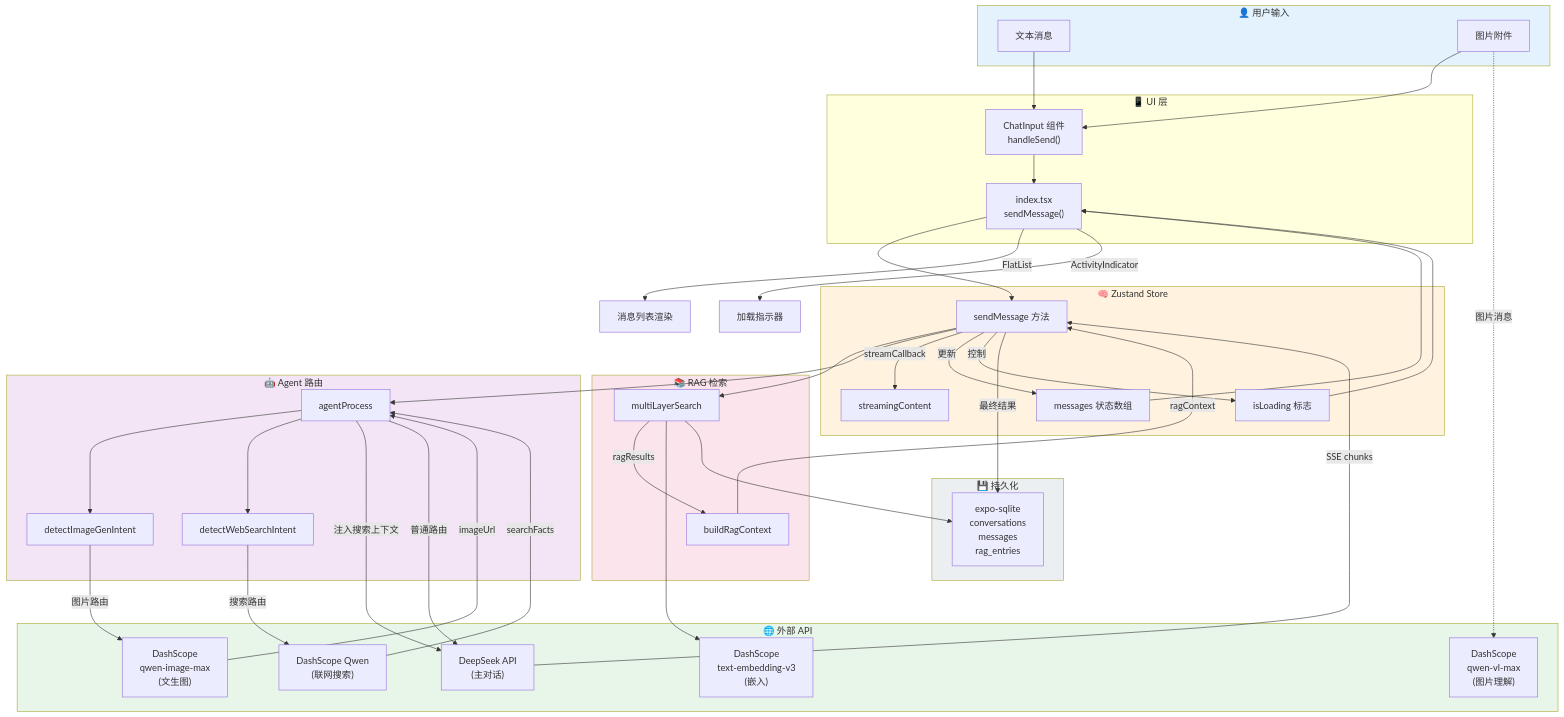
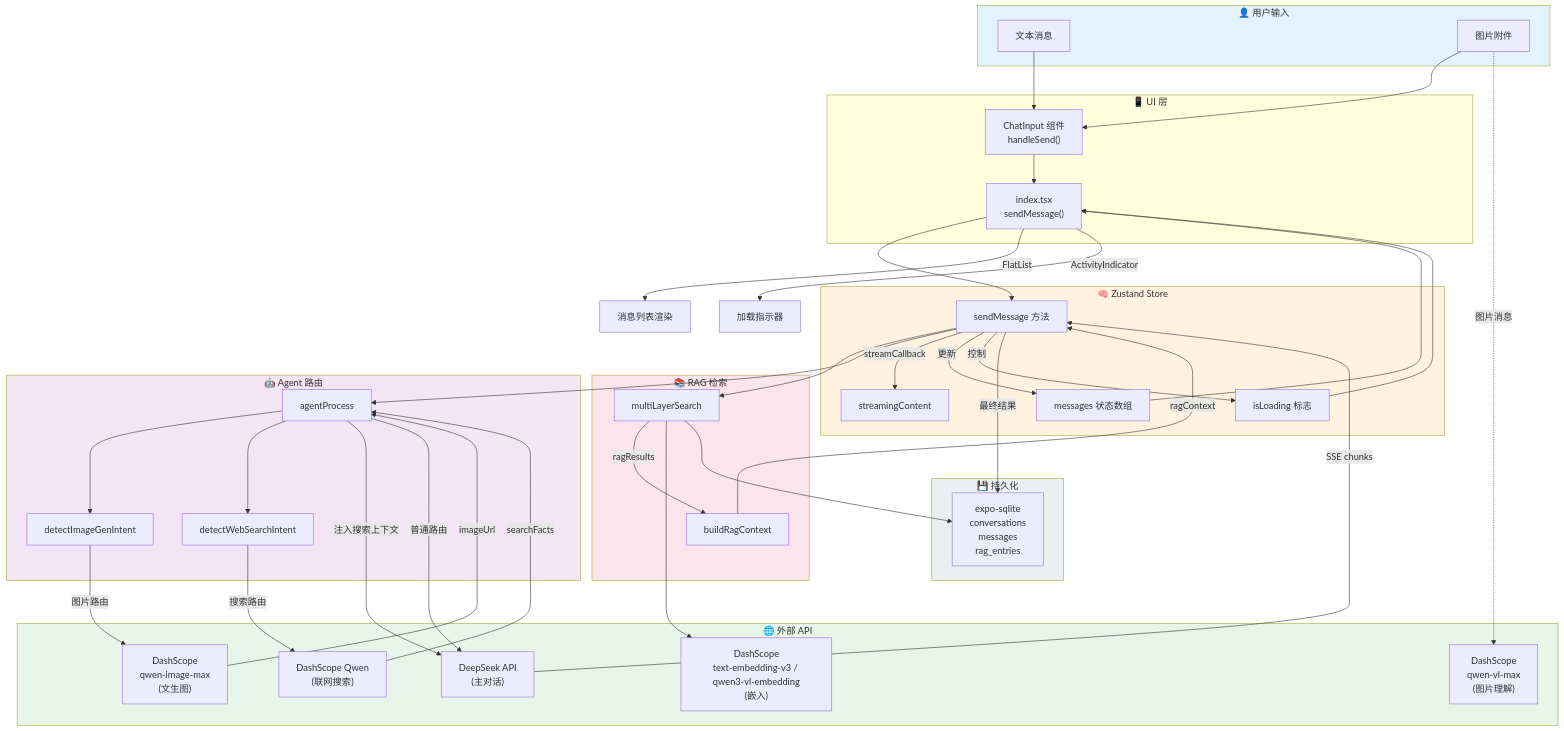
One commit to jitok123/AI-Assistant-Anywhere changed the first of 6 diagrams in 架构文档/log12_dataflow_errors.md. Above: the diagram before and after it, drawn with Mermaid. The commit also changed other lines of this file and 24 other files, not shown here.

````diff
--- a/架构文档/log12_dataflow_errors.md
+++ b/架构文档/log12_dataflow_errors.md
@@ -9,77 +9,77 @@
 ```mermaid
 flowchart TB
     subgraph User["👤 用户输入"]
         TXT["文本消息"]
         IMG["图片附件"]
     end
 
     subgraph UI_Layer["📱 UI 层"]
         CI["ChatInput 组件<br/>handleSend()"]
         IDX["index.tsx<br/>sendMessage()"]
     end
 
     subgraph Store_Layer["🧠 Zustand Store"]
         SM["sendMessage 方法"]
         MS["messages 状态数组"]
         SC["streamingContent"]
         IL["isLoading 标志"]
     end
 
     subgraph RAG_Layer["📚 RAG 检索"]
         MLS["multiLayerSearch"]
         BRC["buildRagContext"]
     end
 
     subgraph Agent_Layer["🤖 Agent 路由"]
         DII["detectImageGenIntent"]
         DWS["detectWebSearchIntent"]
         AP["agentProcess"]
     end
 
     subgraph External["🌐 外部 API"]
         DS_API["DeepSeek API<br/>(主对话)"]
         QW_SEARCH["DashScope Qwen<br/>(联网搜索)"]
         QW_IMAGE["DashScope<br/>qwen-image-max<br/>(文生图)"]
         QW_VISION["DashScope<br/>qwen-vl-max<br/>(图片理解)"]
-        QW_EMB["DashScope<br/>text-embedding-v3<br/>(嵌入)"]
+        QW_EMB["DashScope<br/>text-embedding-v3 / qwen3-vl-embedding<br/>(嵌入)"]
     end
 
     subgraph DB_Layer["💾 持久化"]
         SQLite["expo-sqlite<br/>conversations<br/>messages<br/>rag_entries"]
     end
 
     TXT --> CI --> IDX --> SM
     IMG --> CI
 
     SM --> MLS -->|"ragResults"| BRC -->|"ragContext"| SM
     MLS --> QW_EMB
     MLS --> SQLite
 
     SM --> AP
     AP --> DII
     AP --> DWS
 
     DII -->|"图片路由"| QW_IMAGE -->|"imageUrl"| AP
     DWS -->|"搜索路由"| QW_SEARCH -->|"searchFacts"| AP
     AP -->|"注入搜索上下文"| DS_API
     AP -->|"普通路由"| DS_API
 
     IMG -.->|"图片消息"| QW_VISION
 
     DS_API -->|"SSE chunks"| SM
     SM -->|"streamCallback"| SC
     SM -->|"更新"| MS
     SM -->|"控制"| IL
 
     MS --> IDX -->|"FlatList"| UI_Render["消息列表渲染"]
     IL --> IDX -->|"ActivityIndicator"| Loading["加载指示器"]
 
     SM -->|"最终结果"| SQLite
 
     style User fill:#E3F2FD
     style External fill:#E8F5E9
     style Store_Layer fill:#FFF3E0
     style Agent_Layer fill:#F3E5F5
     style RAG_Layer fill:#FCE4EC
     style DB_Layer fill:#ECEFF1
 ```
````
